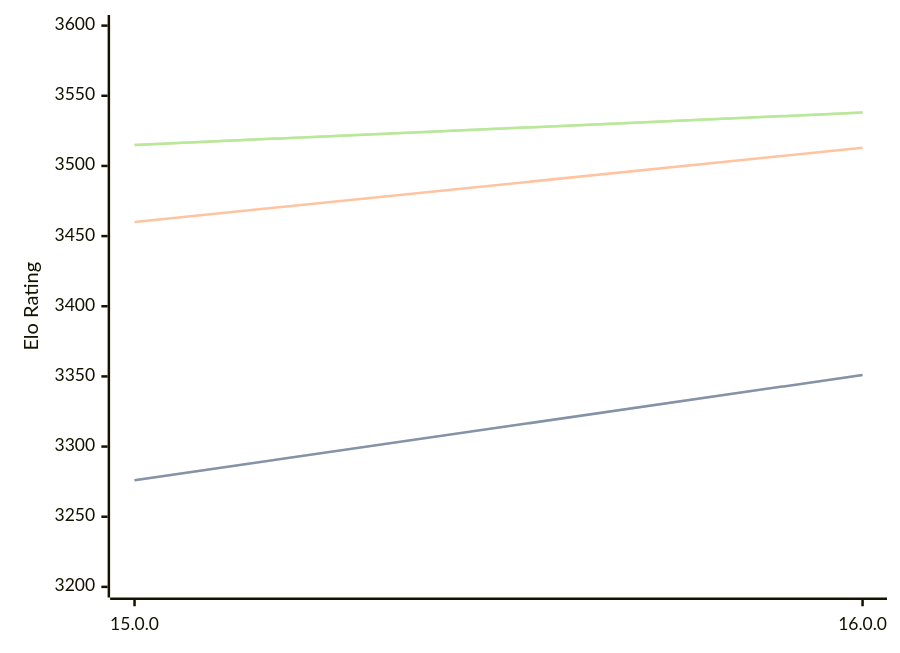
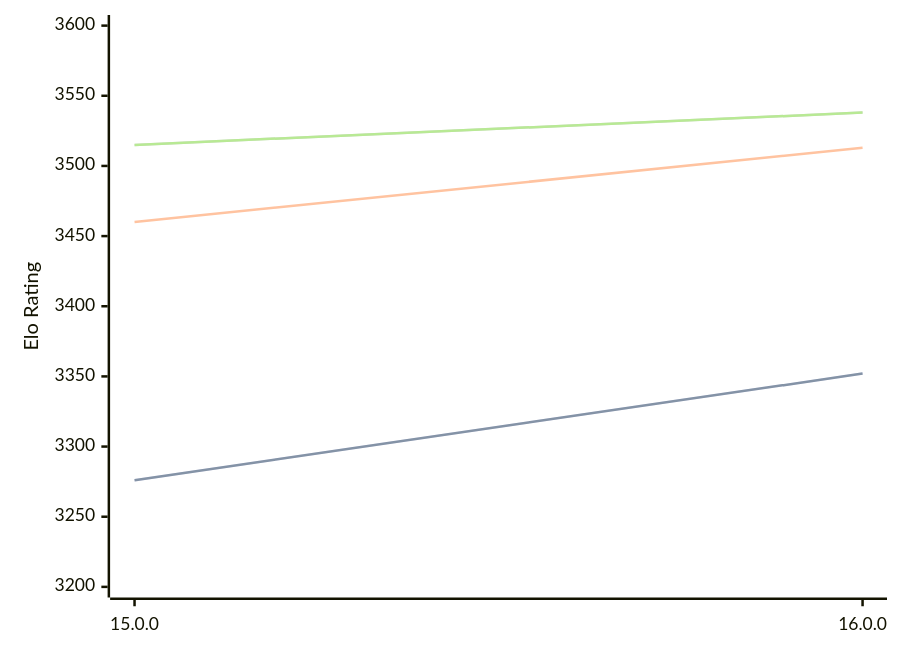
Before and after one commit to computer-chess-index/cci: the diagram in engines/Halogen.md, drawn with Mermaid. The commit also changed other lines of this file, not shown here.

````diff
--- a/engines/Halogen.md
+++ b/engines/Halogen.md
@@ -50,11 +50,11 @@
 ```mermaid
 %%{init: {"theme":"base","themeVariables":{"seriesColors:['#a3a3a3','#222221','#faa371']}}}%%
 xychart-beta
   x-axis ["15.0.0", "16.0.0"]
   y-axis "Elo Rating" 3200 --> 3600
-  line "STC (8.0+0.08s)" [3276, 3351]
-  line "STC (8.0+0.08s)" [3276, 3351]
+  line "STC (8.0+0.08s)" [3276, 3352]
+  line "STC (8.0+0.08s)" [3276, 3352]
   line "LTC (60.0+0.60s)" [3460, 3513]
   line "VLTC (2m24s+1.12s)" [3515, 3538]
   line "VLTC (2m24s+1.12s)" [3515, 3538]
 ```
````
